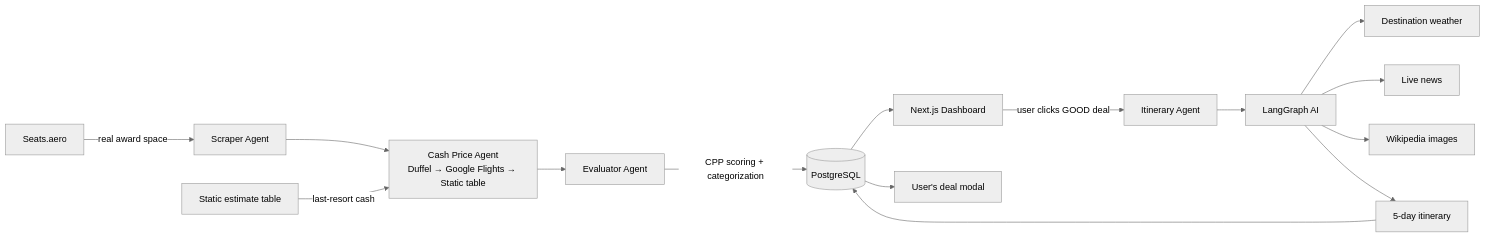
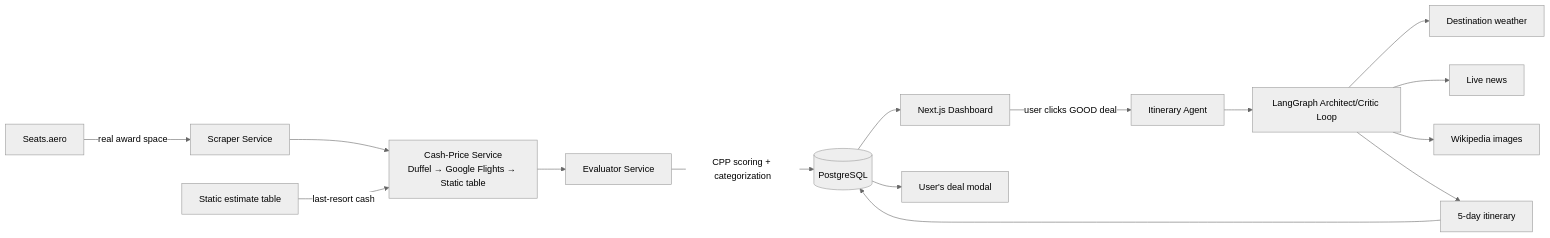
The second of 2 diagrams in README.md (hadileonard08/flight-deal-dashboard), drawn with Mermaid (neutral theme) before and after one commit. The commit also changed other lines of this file, not shown here.

Commit message:
Clarify README terminology: deterministic pipeline services vs LLM agents, expand LangGraph explanation, update diagrams

````diff
--- a/README.md
+++ b/README.md
@@ -176,17 +179,17 @@
 ```mermaid
 flowchart LR
-    A[Seats.aero] -->|real award space| B[Scraper Agent]
-    B --> C[Cash Price Agent<br/>Duffel → Google Flights → Static table]
+    A[Seats.aero] -->|real award space| B[Scraper Service]
+    B --> C[Cash-Price Service<br/>Duffel → Google Flights → Static table]
     S[Static estimate table] -->|last-resort cash| C
-    C --> D[Evaluator Agent]
+    C --> D[Evaluator Service]
     D -->|CPP scoring + categorization| E[(PostgreSQL)]
     E --> F[Next.js Dashboard]
     F -->|user clicks GOOD deal| G[Itinerary Agent]
-    G --> H[LangGraph AI]
+    G --> H[LangGraph Architect/Critic Loop]
     H --> I[Destination weather]
     H --> J[Live news]
     H --> K[Wikipedia images]
     H --> L[5-day itinerary]
     L --> E
     E --> M[User's deal modal]
 ```
````
